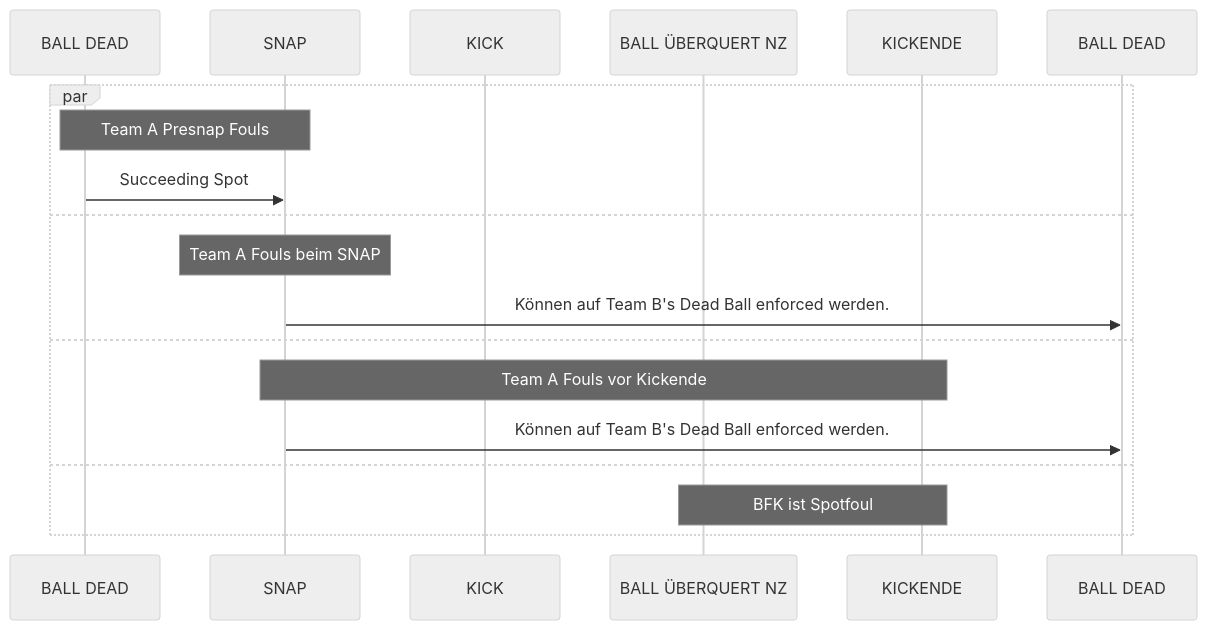
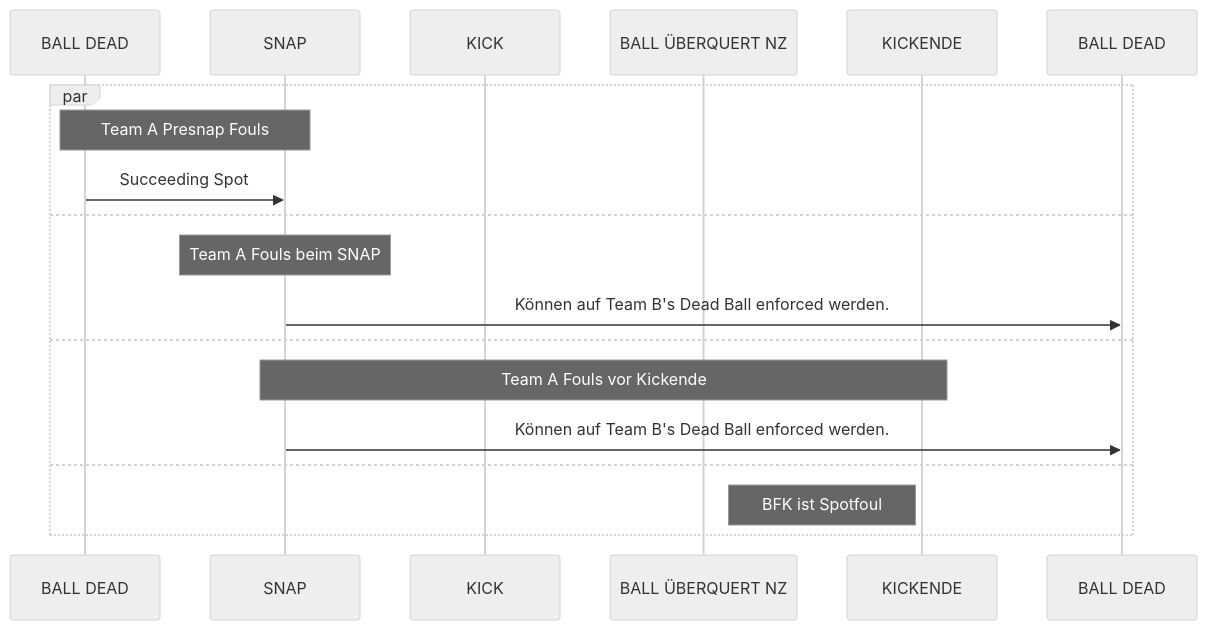
Before and after one commit to mschwieger/alizenz: the fourth of 5 diagrams in docs/scrimmage_kicks.md, drawn with Mermaid (neutral theme).

````diff
--- a/docs/scrimmage_kicks.md
+++ b/docs/scrimmage_kicks.md
@@ -75,21 +75,21 @@
 ``` mermaid
 sequenceDiagram
     participant PREDEAD as BALL DEAD
     participant SNAP
     participant KICK
     participant NZ as BALL ÜBERQUERT NZ
     participant KICKENDE
     participant BALLDEAD as BALL DEAD
     par
     note over PREDEAD,SNAP: Team A Presnap Fouls
     PREDEAD ->> SNAP: Succeeding Spot 
     and
     note over SNAP: Team A Fouls beim SNAP
     SNAP->>BALLDEAD: Können auf Team B's Dead Ball enforced werden.
     and
     note over SNAP,KICKENDE: Team A Fouls vor Kickende
     SNAP->>BALLDEAD: Können auf Team B's Dead Ball enforced werden.
     and
-    note over NZ,KICKENDE: BFK ist Spotfoul
+    note right of NZ: BFK ist Spotfoul
     end
 ```
````
